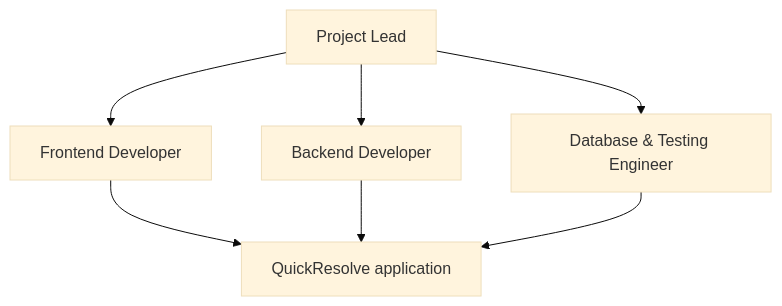
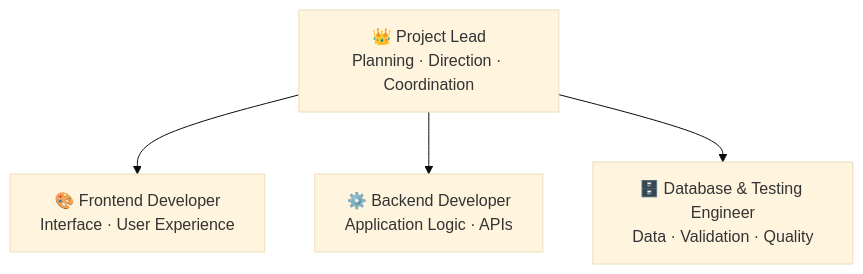
The fourth of 4 diagrams in README.md (ayushriva123-boop/QuickResolve), drawn with Mermaid (base theme) before and after one commit. The commit also changed other lines of this file, not shown here.

````diff
--- a/README.md
+++ b/README.md
@@ -86,9 +131,7 @@
 ```mermaid
-flowchart TD
-    L[Project Lead] --> FE[Frontend Developer]
-    L --> BE[Backend Developer]
-    L --> DB[Database & Testing Engineer]
-    FE --> APP[QuickResolve application]
-    BE --> APP
-    DB --> APP
+flowchart TB
+    L[👑 Project Lead<br/>Planning · Direction · Coordination]
+    L --> F[🎨 Frontend Developer<br/>Interface · User Experience]
+    L --> B[⚙️ Backend Developer<br/>Application Logic · APIs]
+    L --> D[🗄️ Database & Testing Engineer<br/>Data · Validation · Quality]
 ```
````
